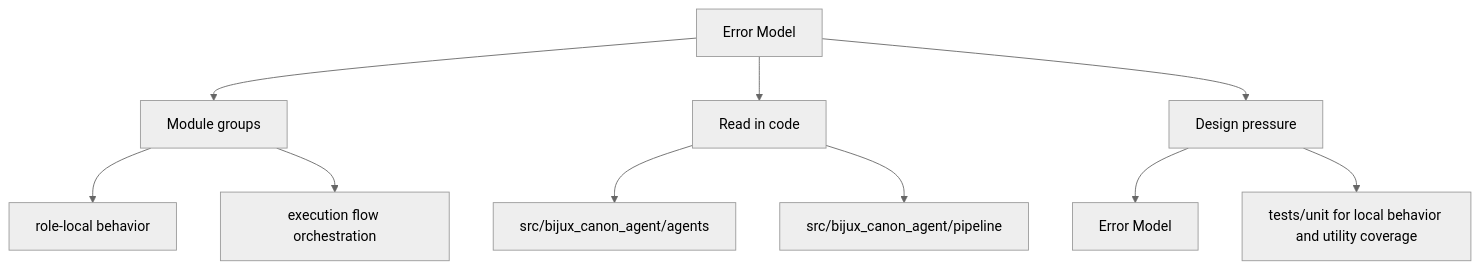
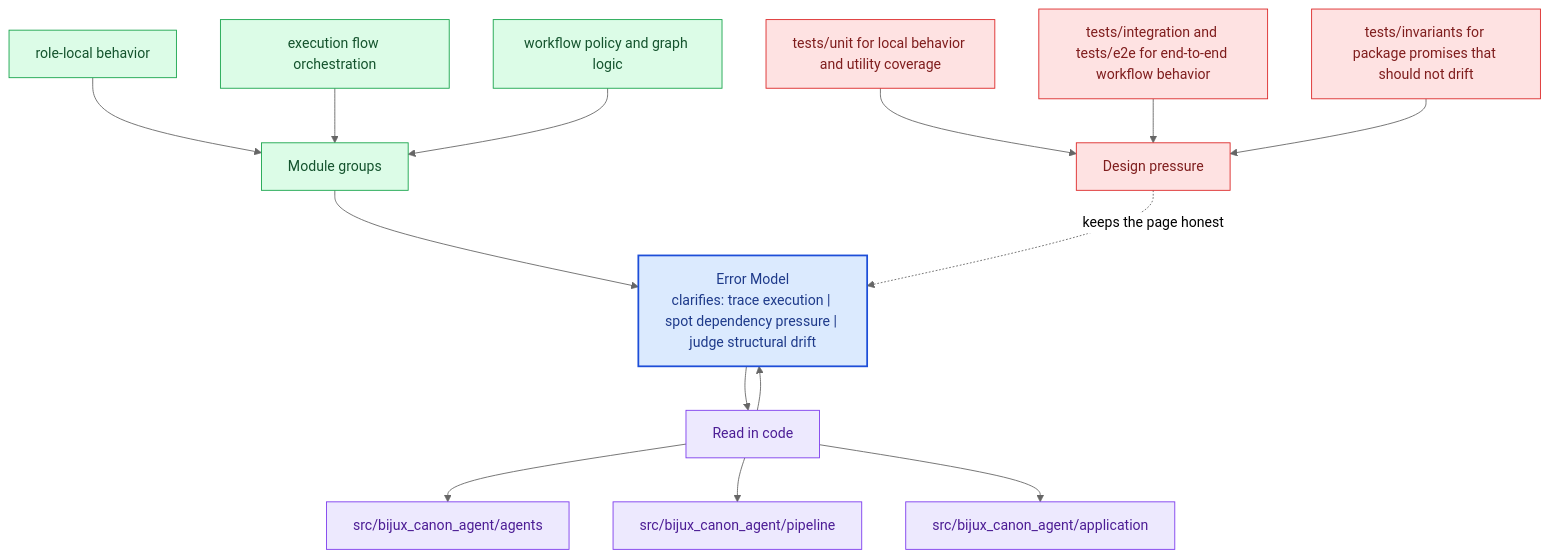
The second of 2 diagrams in docs/bijux-canon-agent/architecture/error-model.md (bijux/bijux-canon), drawn with Mermaid (neutral theme) before and after one commit. The commit also changed other lines of this file and 281 other files, not shown here.

Commit message:
docs(diagrams): deepen handbook mermaid maps across the catalog

````diff
--- a/docs/bijux-canon-agent/architecture/error-model.md
+++ b/docs/bijux-canon-agent/architecture/error-model.md
@@ -35,22 +68,40 @@
 ```mermaid
-flowchart TD
-    page["Error Model"]
+flowchart TB
+    promise["Error Model<br/>clarifies: trace execution | spot dependency pressure | judge structural drift"]
+    classDef promise fill:#dbeafe,stroke:#1d4ed8,color:#1e3a8a,stroke-width:2px;
+    classDef driver fill:#dcfce7,stroke:#16a34a,color:#14532d;
+    classDef constraint fill:#fee2e2,stroke:#dc2626,color:#7f1d1d;
+    classDef ground fill:#ede9fe,stroke:#7c3aed,color:#4c1d95;
     focus1["Module groups"]
-    page --> focus1
+    focus1 --> promise
     focus1_1["role-local behavior"]
-    focus1 --> focus1_1
+    focus1_1 --> focus1
     focus1_2["execution flow orchestration"]
-    focus1 --> focus1_2
+    focus1_2 --> focus1
+    focus1_3["workflow policy and graph logic"]
+    focus1_3 --> focus1
+    class focus1 driver;
+    class focus1_1,focus1_2,focus1_3 driver;
     focus2["Read in code"]
-    page --> focus2
+    focus2 --> promise
+    promise --> focus2
     focus2_1["src/bijux_canon_agent/agents"]
     focus2 --> focus2_1
     focus2_2["src/bijux_canon_agent/pipeline"]
     focus2 --> focus2_2
+    focus2_3["src/bijux_canon_agent/application"]
+    focus2 --> focus2_3
+    class focus2 ground;
+    class focus2_1,focus2_2,focus2_3 ground;
     focus3["Design pressure"]
-    page --> focus3
-    focus3_1["Error Model"]
-    focus3 --> focus3_1
-    focus3_2["tests/unit for local behavior and utility coverage"]
-    focus3 --> focus3_2
+    focus3 -.keeps the page honest.-> promise
+    focus3_1["tests/unit for local behavior and utility coverage"]
+    focus3_1 --> focus3
+    focus3_2["tests/integration and tests/e2e for end-to-end workflow behavior"]
+    focus3_2 --> focus3
+    focus3_3["tests/invariants for package promises that should not drift"]
+    focus3_3 --> focus3
+    class focus3 constraint;
+    class focus3_1,focus3_2,focus3_3 constraint;
+    class promise promise;
 ```
````
